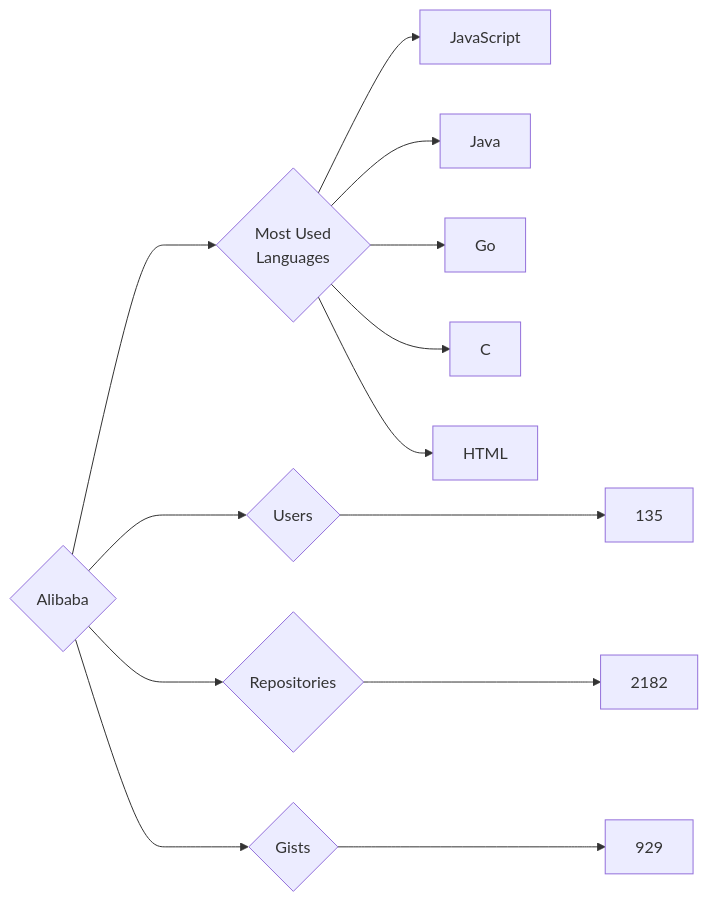
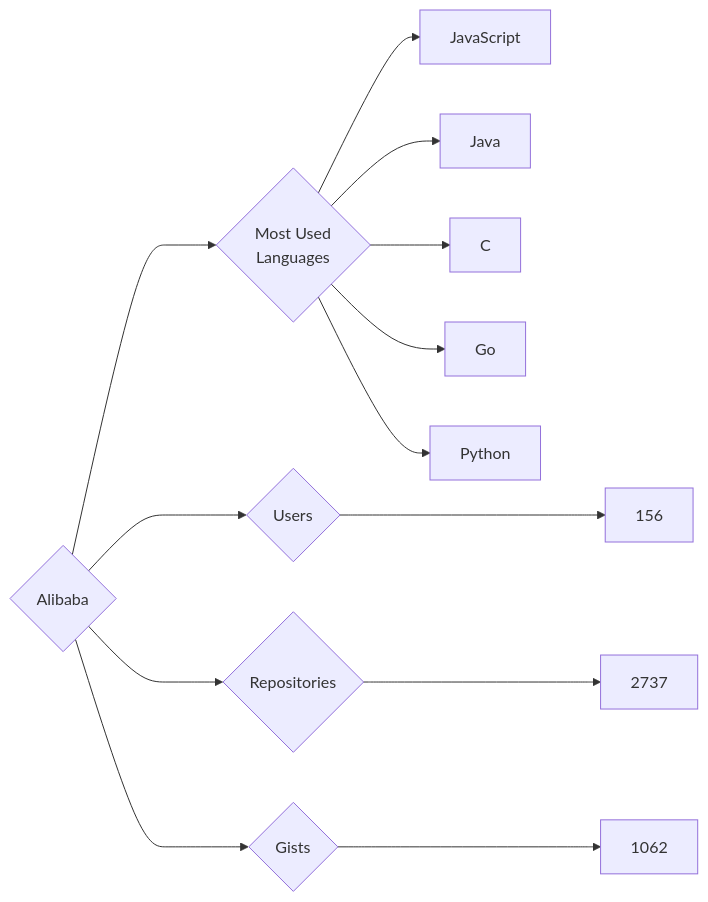
One commit to trickest/insiders changed the diagram in targets/Alibaba/README.md. Above: the diagram before and after it, drawn with Mermaid. The commit also changed 823 other files, not shown here.

````diff
--- a/targets/Alibaba/README.md
+++ b/targets/Alibaba/README.md
@@ -3,13 +3,13 @@
 ```mermaid
 graph LR
 COMPANY_NAME{Alibaba}
-COMPANY_NAME ---> U{Users} ---> UN[135]
-COMPANY_NAME ---> R{Repositories} ---> RN[2182]
-COMPANY_NAME ---> G{Gists} ---> GN[929]
+COMPANY_NAME ---> U{Users} ---> UN[156]
+COMPANY_NAME ---> R{Repositories} ---> RN[2737]
+COMPANY_NAME ---> G{Gists} ---> GN[1062]
 COMPANY_NAME ---> ML{Most Used<br>Languages}
 ML --> JavaScript[JavaScript]
 ML --> Java[Java]
+ML --> C[C]
 ML --> Go[Go]
-ML --> C[C]
-ML --> HTML[HTML]
+ML --> Python[Python]
 ```
````
